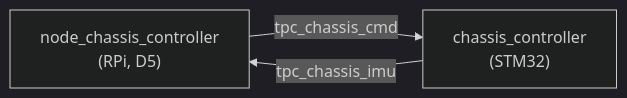
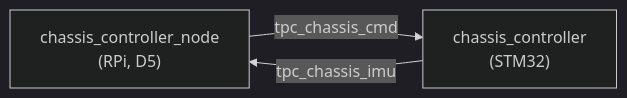
The second of 3 diagrams in docs/TOPICS.md (RoboticsGG/almondmatcha), drawn with Mermaid (dark theme) before and after one commit. The commit also changed other lines of this file and 25 other files, not shown here.

````diff
--- a/docs/TOPICS.md
+++ b/docs/TOPICS.md
@@ -440,5 +440,5 @@
 ```mermaid
 flowchart LR
-    CC["node_chassis_controller\n(RPi, D5)"] -->|tpc_chassis_cmd| STM32["chassis_controller\n(STM32)"]
+    CC["chassis_controller_node\n(RPi, D5)"] -->|tpc_chassis_cmd| STM32["chassis_controller\n(STM32)"]
     STM32 -->|tpc_chassis_imu| CC
 ```
````
